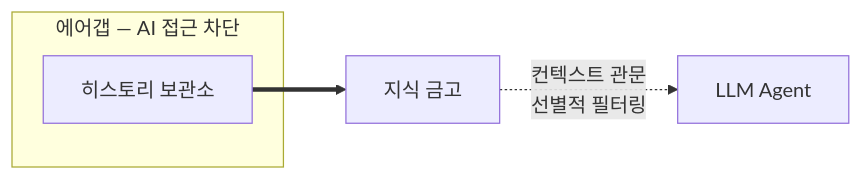
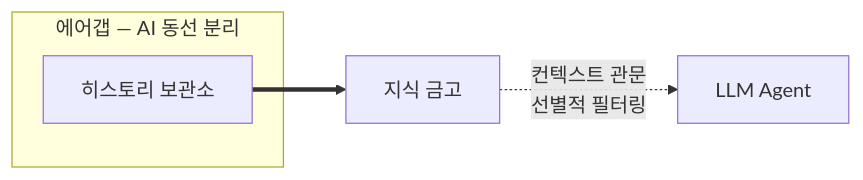
Before and after one commit to ether-moon/knowledge-distillery: the diagram in docs/design-philosophy.md, drawn with Mermaid. The commit also changed other lines of this file and 7 other files, not shown here.

````diff
--- a/docs/design-philosophy.md
+++ b/docs/design-philosophy.md
@@ -67,8 +67,8 @@
 ```mermaid
 flowchart LR
-    subgraph AG["에어갭 — AI 접근 차단"]
+    subgraph AG["에어갭 — AI 동선 분리"]
         H["히스토리 보관소"]
     end
     H ==> V["지식 금고"]
     V -.->|"컨텍스트 관문<br/>선별적 필터링"| LLM["LLM Agent"]
 ```
````
